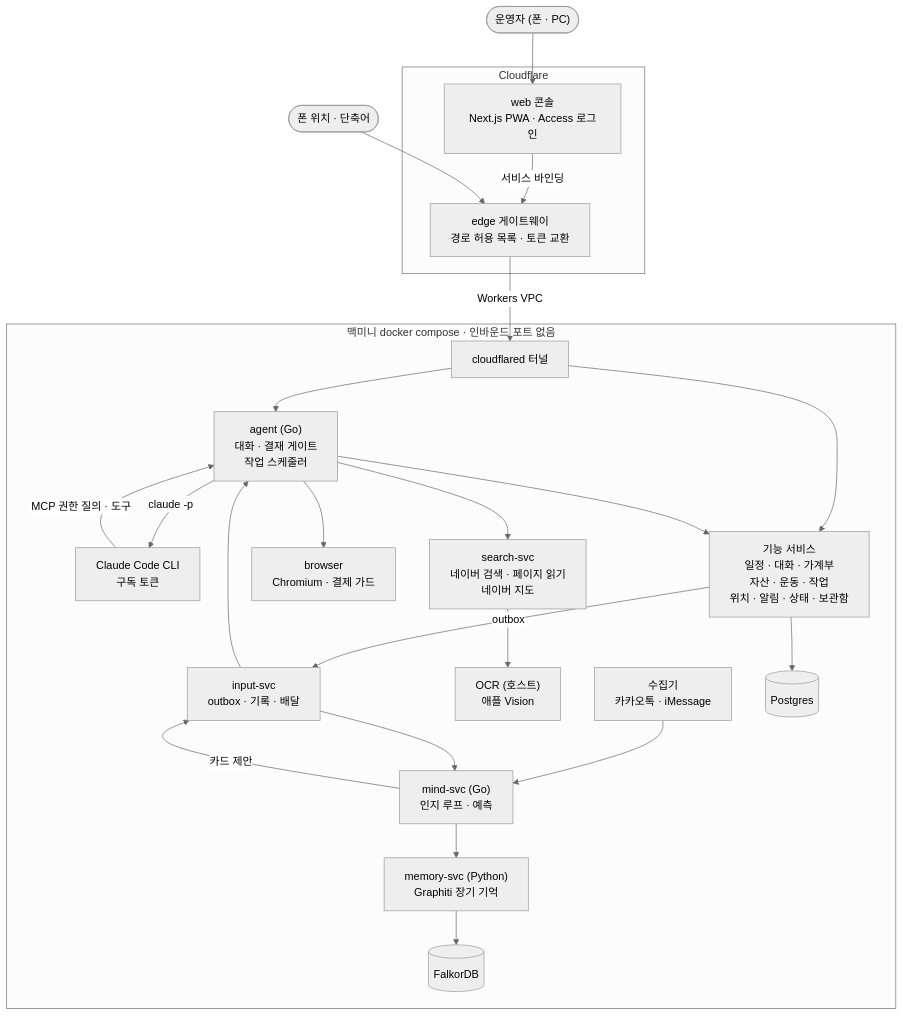
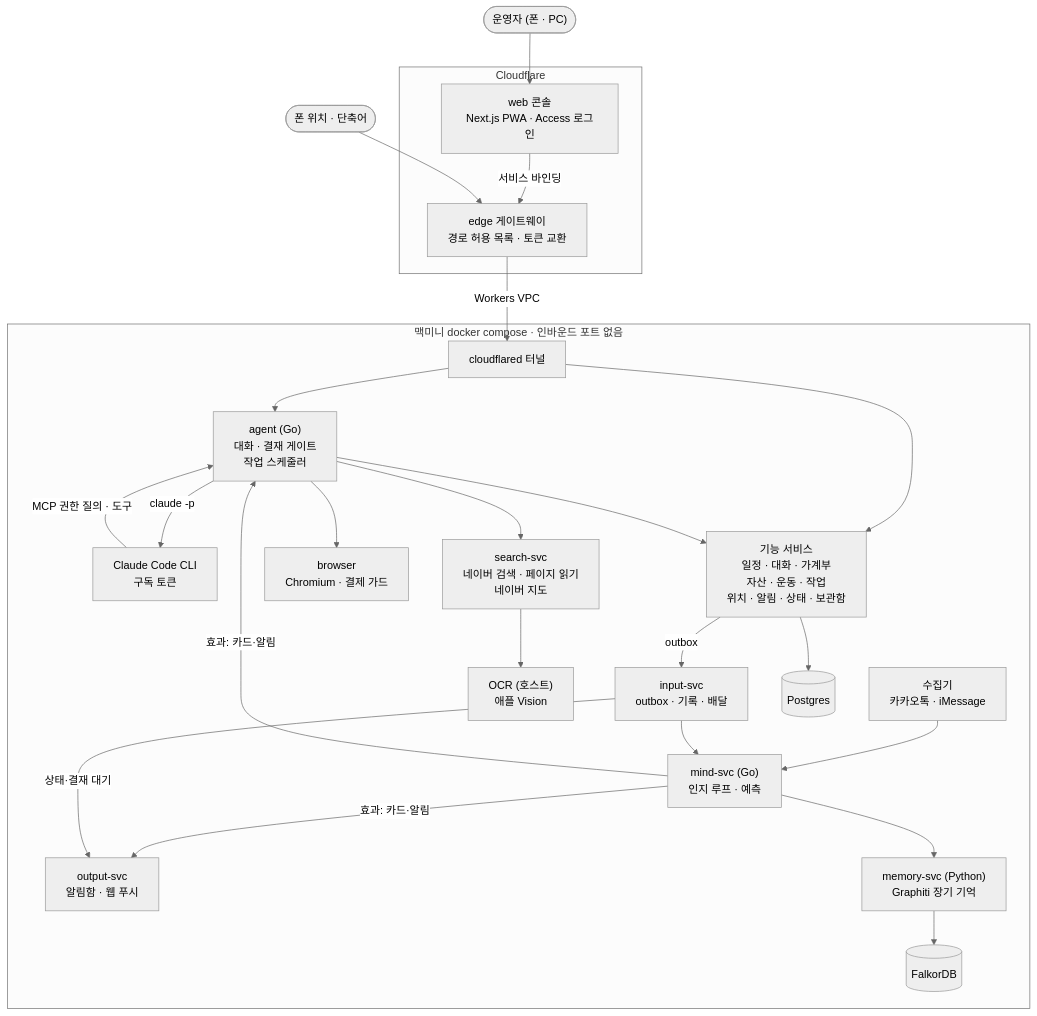
The first of 2 diagrams in README.md (choigonyok/jarvis), drawn with Mermaid (neutral theme) before and after one commit. The commit also changed 61 other files, not shown here.

First line of the commit message:
output, mind, agent, gocommon: to-be 전환 4b - 나가는 길 하나

````diff
--- a/README.md
+++ b/README.md
@@ -28,47 +28,49 @@
 ```mermaid
 flowchart TB
   me(["운영자 (폰 · PC)"])
   phone(["폰 위치 · 단축어"])
 
   subgraph cf["Cloudflare"]
     web["web 콘솔<br/>Next.js PWA · Access 로그인"]
     gw["edge 게이트웨이<br/>경로 허용 목록 · 토큰 교환"]
   end
 
   subgraph mini["맥미니 docker compose · 인바운드 포트 없음"]
     tunnel["cloudflared 터널"]
     agent["agent (Go)<br/>대화 · 결재 게이트<br/>작업 스케줄러"]
     cli["Claude Code CLI<br/>구독 토큰"]
     svc["기능 서비스<br/>일정 · 대화 · 가계부<br/>자산 · 운동 · 작업<br/>위치 · 알림 · 상태 · 보관함"]
     input["input-svc<br/>outbox · 기록 · 배달"]
     mind["mind-svc (Go)<br/>인지 루프 · 예측"]
+    output["output-svc<br/>알림함 · 웹 푸시"]
     memory["memory-svc (Python)<br/>Graphiti 장기 기억"]
     browser["browser<br/>Chromium · 결제 가드"]
     search["search-svc<br/>네이버 검색 · 페이지 읽기<br/>네이버 지도"]
     ocr["OCR (호스트)<br/>애플 Vision"]
     collect["수집기<br/>카카오톡 · iMessage"]
     pg[("Postgres")]
     fk[("FalkorDB")]
   end
 
   me --> web
   web -- "서비스 바인딩" --> gw
   phone --> gw
   gw -- "Workers VPC" --> tunnel
   tunnel --> agent
   tunnel --> svc
   agent -- "claude -p" --> cli
   cli -- "MCP 권한 질의 · 도구" --> agent
   agent --> svc
   agent --> browser
   agent --> search
   search --> ocr
   svc -- "outbox" --> input
   collect --> mind
   input --> mind
-  mind -- "카드 제안" --> input
-  input --> agent
+  mind -- "효과: 카드·알림" --> agent
+  mind -- "효과: 카드·알림" --> output
+  input -- "상태·결재 대기" --> output
   mind --> memory
   svc --> pg
   memory --> fk
 ```
````
